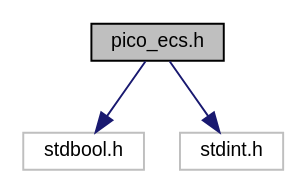
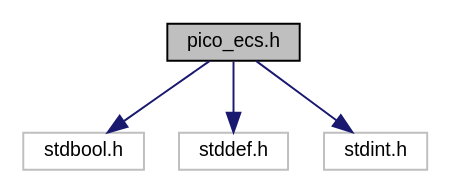
The diagram in docs/ph/pico__ecs_8h__incl.dot (empyreanx/empyreanx.github.io), drawn with Graphviz before and after one commit. The commit also changed 19 other files, not shown here.

```diff
--- a/docs/ph/pico__ecs_8h__incl.dot
+++ b/docs/ph/pico__ecs_8h__incl.dot
@@ -1,11 +1,13 @@
 digraph "pico_ecs.h"
 {
  // LATEX_PDF_SIZE
   edge [fontname="Helvetica",fontsize="10",labelfontname="Helvetica",labelfontsize="10"];
   node [fontname="Helvetica",fontsize="10",shape=record];
   Node1 [label="pico_ecs.h",height=0.2,width=0.4,color="black", fillcolor="grey75", style="filled", fontcolor="black",tooltip="A pure and simple ECS written in C99."];
   Node1 -> Node2 [color="midnightblue",fontsize="10",style="solid",fontname="Helvetica"];
   Node2 [label="stdbool.h",height=0.2,width=0.4,color="grey75", fillcolor="white", style="filled",tooltip=" "];
   Node1 -> Node3 [color="midnightblue",fontsize="10",style="solid",fontname="Helvetica"];
-  Node3 [label="stdint.h",height=0.2,width=0.4,color="grey75", fillcolor="white", style="filled",tooltip=" "];
+  Node3 [label="stddef.h",height=0.2,width=0.4,color="grey75", fillcolor="white", style="filled",tooltip=" "];
+  Node1 -> Node4 [color="midnightblue",fontsize="10",style="solid",fontname="Helvetica"];
+  Node4 [label="stdint.h",height=0.2,width=0.4,color="grey75", fillcolor="white", style="filled",tooltip=" "];
 }
```
